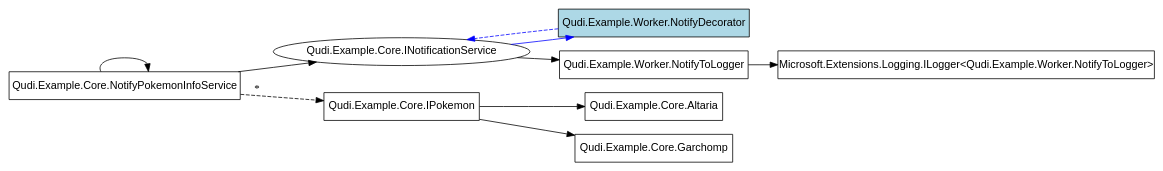
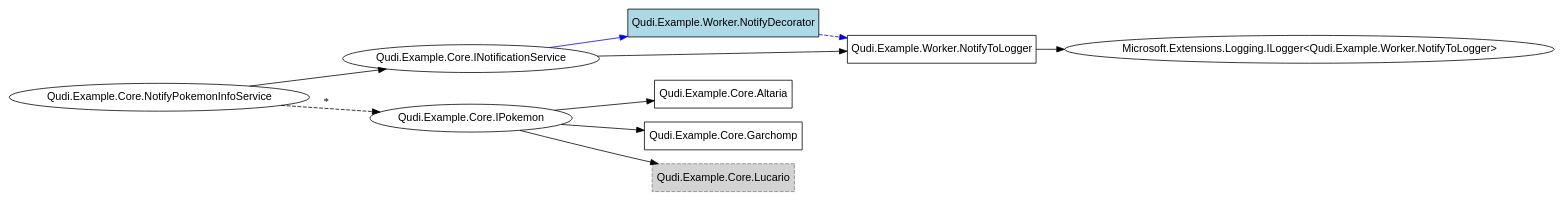
The diagram in examples/Qudi.Example.SimpleCase.Worker/assets/visualization_output.dot (arika0093/Qudi), drawn with Graphviz before and after one commit. The commit also changed 13 other files, not shown here.

```diff
--- a/examples/Qudi.Example.SimpleCase.Worker/assets/visualization_output.dot
+++ b/examples/Qudi.Example.SimpleCase.Worker/assets/visualization_output.dot
@@ -1,21 +1,22 @@
 digraph Qudi {
   rankdir=LR;
   node [shape=box, fontname="Arial"];
-  "Microsoft.Extensions.Logging.ILogger<Qudi.Example.Worker.NotifyToLogger>" [label="Microsoft.Extensions.Logging.ILogger<Qudi.Example.Worker.NotifyToLogger>", shape=box];
+  "Microsoft.Extensions.Logging.ILogger<Qudi.Example.Worker.NotifyToLogger>" [label="Microsoft.Extensions.Logging.ILogger<Qudi.Example.Worker.NotifyToLogger>", shape=ellipse];
   "Qudi.Example.Core.Altaria" [label="Qudi.Example.Core.Altaria", shape=box];
   "Qudi.Example.Core.Garchomp" [label="Qudi.Example.Core.Garchomp", shape=box];
   "Qudi.Example.Core.INotificationService" [label="Qudi.Example.Core.INotificationService", shape=ellipse];
-  "Qudi.Example.Core.IPokemon" [label="Qudi.Example.Core.IPokemon", shape=box];
-  "Qudi.Example.Core.NotifyPokemonInfoService" [label="Qudi.Example.Core.NotifyPokemonInfoService", shape=box];
+  "Qudi.Example.Core.IPokemon" [label="Qudi.Example.Core.IPokemon", shape=ellipse];
+  "Qudi.Example.Core.Lucario" [label="Qudi.Example.Core.Lucario", shape=box, style="filled,dashed", fillcolor=lightgray, color=gray];
+  "Qudi.Example.Core.NotifyPokemonInfoService" [label="Qudi.Example.Core.NotifyPokemonInfoService", shape=ellipse];
   "Qudi.Example.Worker.NotifyDecorator" [label="Qudi.Example.Worker.NotifyDecorator", shape=box, style=filled, fillcolor=lightblue];
   "Qudi.Example.Worker.NotifyToLogger" [label="Qudi.Example.Worker.NotifyToLogger", shape=box];
   "Qudi.Example.Core.INotificationService" -> "Qudi.Example.Worker.NotifyToLogger";
   "Qudi.Example.Worker.NotifyToLogger" -> "Microsoft.Extensions.Logging.ILogger<Qudi.Example.Worker.NotifyToLogger>";
-  "Qudi.Example.Core.NotifyPokemonInfoService" -> "Qudi.Example.Core.NotifyPokemonInfoService";
   "Qudi.Example.Core.NotifyPokemonInfoService" -> "Qudi.Example.Core.IPokemon" [label="*", style=dashed];
   "Qudi.Example.Core.NotifyPokemonInfoService" -> "Qudi.Example.Core.INotificationService";
   "Qudi.Example.Core.IPokemon" -> "Qudi.Example.Core.Altaria";
   "Qudi.Example.Core.IPokemon" -> "Qudi.Example.Core.Garchomp";
+  "Qudi.Example.Core.IPokemon" -> "Qudi.Example.Core.Lucario";
   "Qudi.Example.Core.INotificationService" -> "Qudi.Example.Worker.NotifyDecorator" [color=blue];
-  "Qudi.Example.Worker.NotifyDecorator" -> "Qudi.Example.Core.INotificationService" [color=blue, style=dashed];
+  "Qudi.Example.Worker.NotifyDecorator" -> "Qudi.Example.Worker.NotifyToLogger" [color=blue, style=dashed];
 }
```
